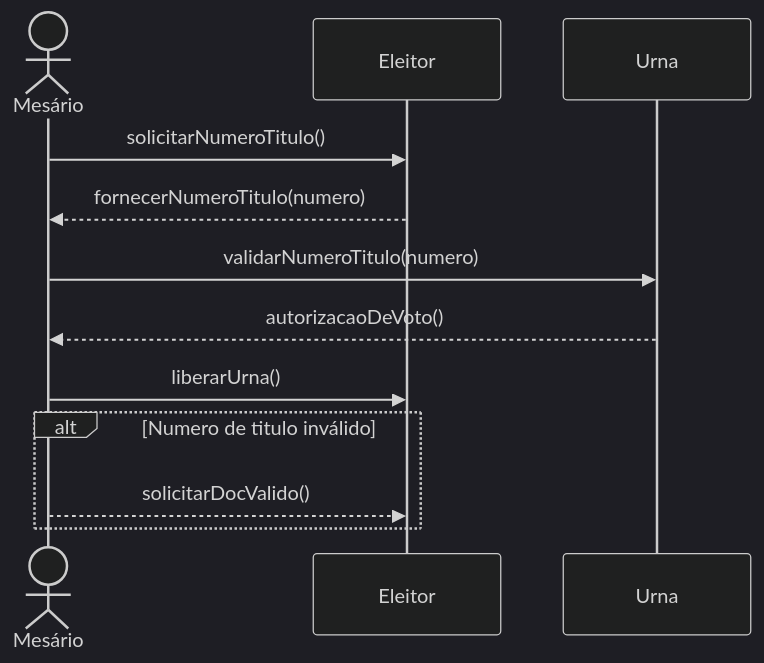
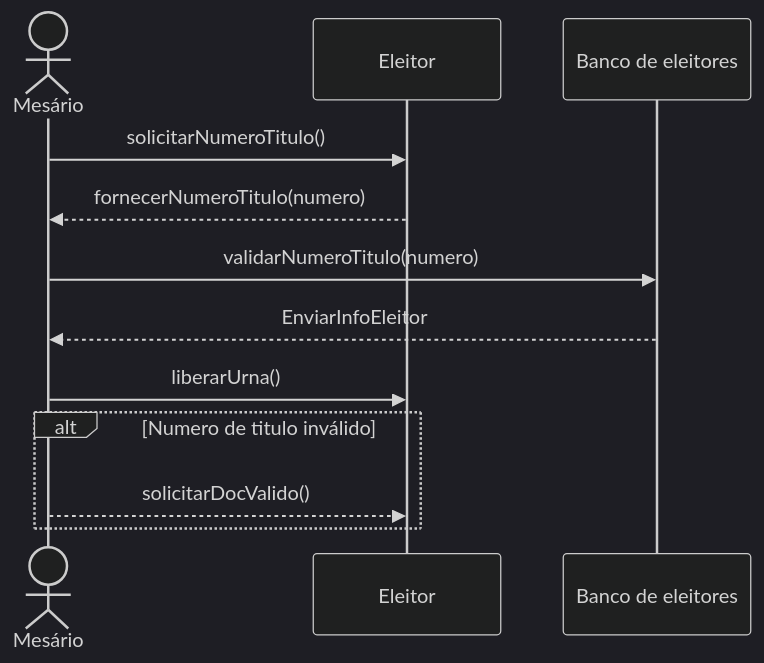
The fourth of 6 diagrams in README.md (CittaSebas/UrnaEletronica), drawn with Mermaid (dark theme) before and after one commit. The commit also changed other lines of this file, not shown here.

Commit message:
Attualizei o diagrama de classes e o diagrama de sequência do UC_04

````diff
--- a/README.md
+++ b/README.md
@@ -143,17 +142,17 @@
 ```mermaid
 sequenceDiagram
     actor Mesário
     participant Eleitor
-    participant Urna
+    participant Banco de eleitores
 
     Mesário->>Eleitor: solicitarNumeroTitulo()
     Eleitor-->>Mesário: fornecerNumeroTitulo(numero)
 
-    Mesário->>Urna: validarNumeroTitulo(numero)
-    Urna-->>Mesário: autorizacaoDeVoto()
+    Mesário->>Banco de eleitores: validarNumeroTitulo(numero)
+    Banco de eleitores-->>Mesário: EnviarInfoEleitor
     Mesário->>Eleitor: liberarUrna()
 
     alt Numero de titulo inválido
        Mesário-->>Eleitor: solicitarDocValido()
     end
 ```
````
